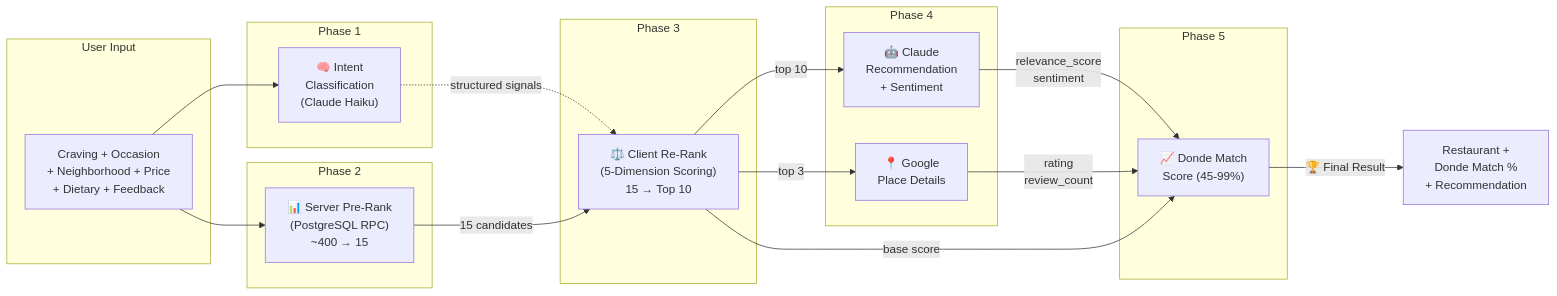
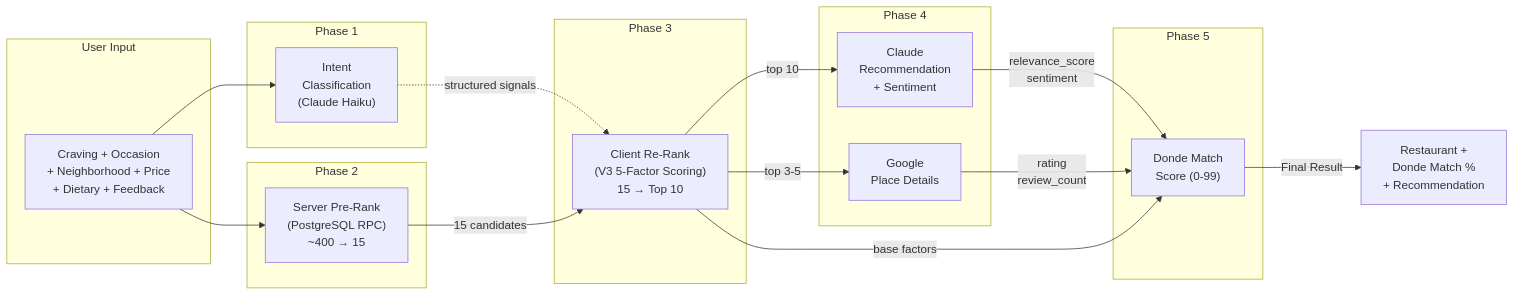
One commit to aacrit/dondeBackend changed the first of 9 diagrams in docs/donde-match-design.md. Above: the diagram before and after it, drawn with Mermaid. The commit also changed other lines of this file and 1 other file, not shown here.

First line of the commit message:
docs: V3.0 Donde Match design document + scoring test harness

````diff
--- a/docs/donde-match-design.md
+++ b/docs/donde-match-design.md
@@ -23,38 +49,38 @@
 ```mermaid
 flowchart LR
     subgraph "User Input"
         UI["Craving + Occasion\n+ Neighborhood + Price\n+ Dietary + Feedback"]
     end
 
     subgraph "Phase 1"
-        IC["🧠 Intent\nClassification\n(Claude Haiku)"]
+        IC["Intent\nClassification\n(Claude Haiku)"]
     end
 
     subgraph "Phase 2"
-        RPC["📊 Server Pre-Rank\n(PostgreSQL RPC)\n~400 → 15"]
+        RPC["Server Pre-Rank\n(PostgreSQL RPC)\n~400 → 15"]
     end
 
     subgraph "Phase 3"
-        RERANK["⚖️ Client Re-Rank\n(5-Dimension Scoring)\n15 → Top 10"]
+        RERANK["Client Re-Rank\n(V3 5-Factor Scoring)\n15 → Top 10"]
     end
 
     subgraph "Phase 4"
-        CLAUDE["🤖 Claude\nRecommendation\n+ Sentiment"]
-        GOOGLE["📍 Google\nPlace Details"]
+        CLAUDE["Claude\nRecommendation\n+ Sentiment"]
+        GOOGLE["Google\nPlace Details"]
     end
 
     subgraph "Phase 5"
-        MATCH["📈 Donde Match\nScore (45-99%)"]
+        MATCH["Donde Match\nScore (0-99)"]
     end
 
     UI --> IC
     UI --> RPC
     IC -.->|"structured signals"| RERANK
     RPC -->|"15 candidates"| RERANK
     RERANK -->|"top 10"| CLAUDE
-    RERANK -->|"top 3"| GOOGLE
+    RERANK -->|"top 3-5"| GOOGLE
     CLAUDE -->|"relevance_score\nsentiment"| MATCH
     GOOGLE -->|"rating\nreview_count"| MATCH
-    RERANK -->|"base score"| MATCH
-    MATCH -->|"🏆 Final Result"| RESP["Restaurant +\nDonde Match %\n+ Recommendation"]
+    RERANK -->|"base factors"| MATCH
+    MATCH -->|"Final Result"| RESP["Restaurant +\nDonde Match %\n+ Recommendation"]
 ```
````
